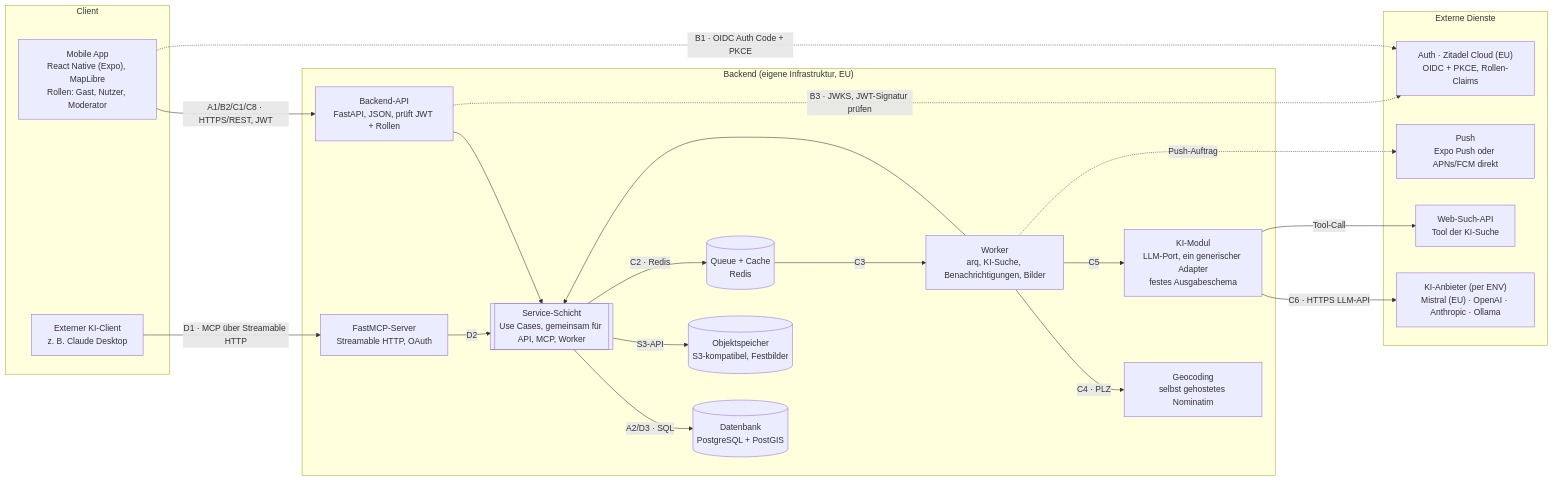
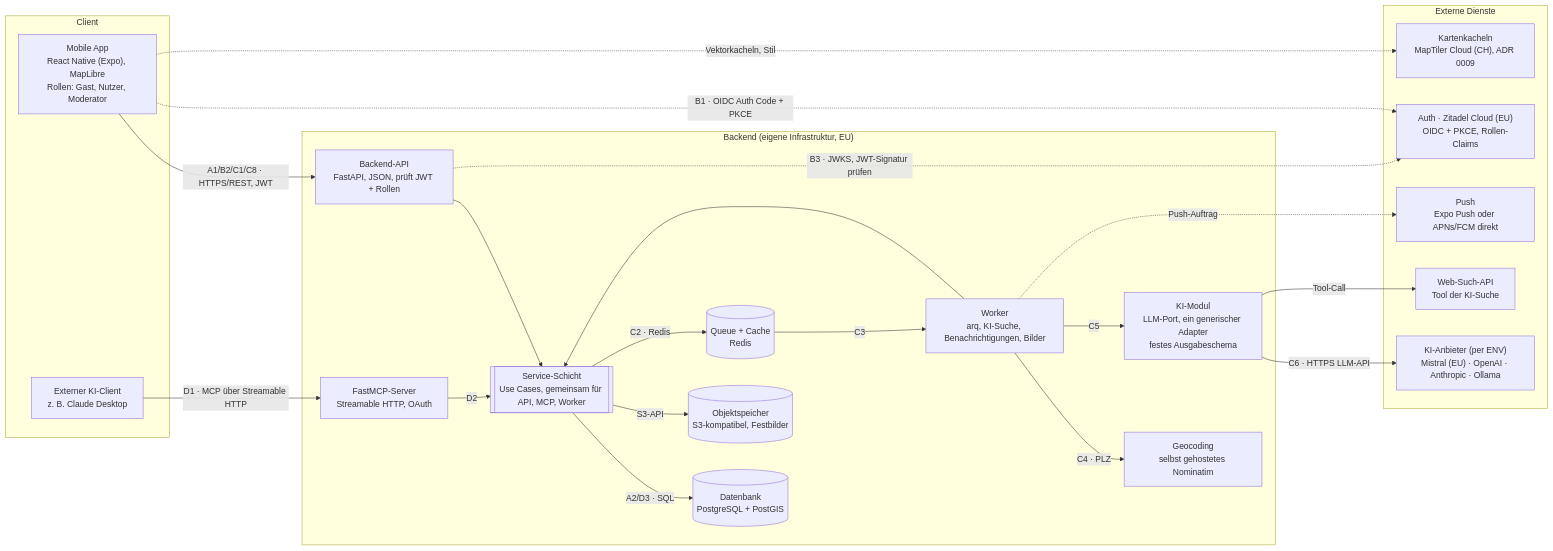
The diagram in 00-docs/20-architecture/system-architecture.md (Harpune/Stadtfest-Finder), drawn with Mermaid before and after one commit. The commit also changed 6 other files, not shown here.

First line of the commit message:
docs(R03): decide on MapTiler Cloud for map tiles (ADR 0009)

````diff
--- a/00-docs/20-architecture/system-architecture.md
+++ b/00-docs/20-architecture/system-architecture.md
@@ -9,43 +9,45 @@
 ```mermaid
 flowchart LR
   subgraph Client
     APP["Mobile App<br/>React Native (Expo), MapLibre<br/>Rollen: Gast, Nutzer, Moderator"]
     MCPC["Externer KI-Client<br/>z. B. Claude Desktop"]
   end
 
   subgraph Backend["Backend (eigene Infrastruktur, EU)"]
     API["Backend-API<br/>FastAPI, JSON, prüft JWT + Rollen"]
     MCP["FastMCP-Server<br/>Streamable HTTP, OAuth"]
     SVC[["Service-Schicht<br/>Use Cases, gemeinsam für API, MCP, Worker"]]
     WRK["Worker<br/>arq, KI-Suche, Benachrichtigungen, Bilder"]
     DB[("Datenbank<br/>PostgreSQL + PostGIS")]
     OBJ[("Objektspeicher<br/>S3-kompatibel, Festbilder")]
     RED[("Queue + Cache<br/>Redis")]
     AI["KI-Modul<br/>LLM-Port, ein generischer Adapter<br/>festes Ausgabeschema"]
     GEO["Geocoding<br/>selbst gehostetes Nominatim"]
   end
 
   subgraph Extern["Externe Dienste"]
     IDP["Auth · Zitadel Cloud (EU)<br/>OIDC + PKCE, Rollen-Claims"]
     LLM["KI-Anbieter (per ENV)<br/>Mistral (EU) · OpenAI · Anthropic · Ollama"]
     WEB["Web-Such-API<br/>Tool der KI-Suche"]
     PUSH["Push<br/>Expo Push oder APNs/FCM direkt"]
+    TILES["Kartenkacheln<br/>MapTiler Cloud (CH), ADR 0009"]
   end
 
   APP -- "A1/B2/C1/C8 · HTTPS/REST, JWT" --> API
   APP -. "B1 · OIDC Auth Code + PKCE" .-> IDP
+  APP -. "Vektorkacheln, Stil" .-> TILES
   MCPC -- "D1 · MCP über Streamable HTTP" --> MCP
   API --> SVC
   MCP -- D2 --> SVC
   SVC -- "A2/D3 · SQL" --> DB
   SVC -- "S3-API" --> OBJ
   SVC -- "C2 · Redis" --> RED
   RED -- C3 --> WRK
   WRK --> SVC
   WRK -- "C4 · PLZ" --> GEO
   WRK -- C5 --> AI
   AI -- "C6 · HTTPS LLM-API" --> LLM
   AI -- "Tool-Call" --> WEB
   WRK -. "Push-Auftrag" .-> PUSH
   API -. "B3 · JWKS, JWT-Signatur prüfen" .-> IDP
 ```
````
